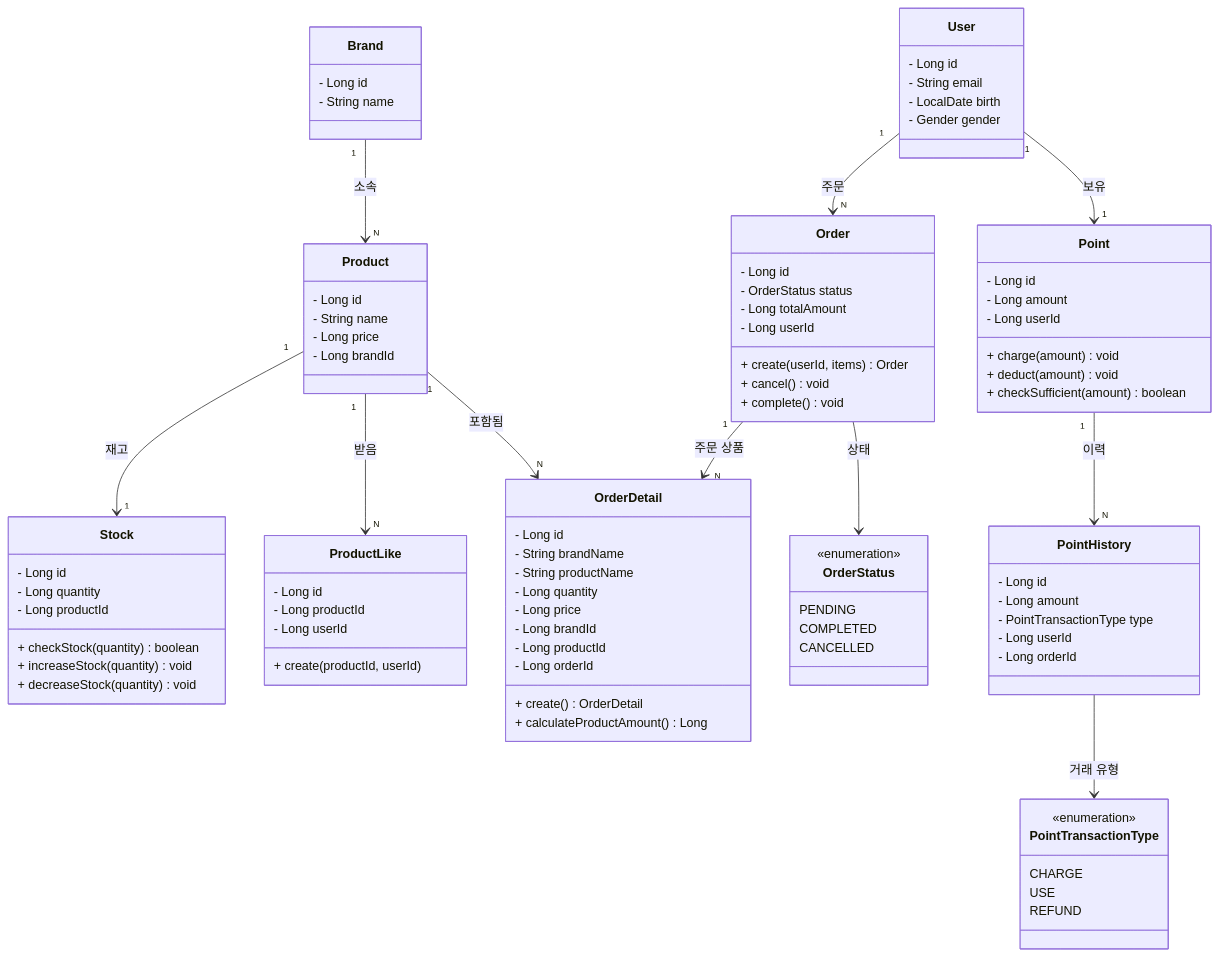
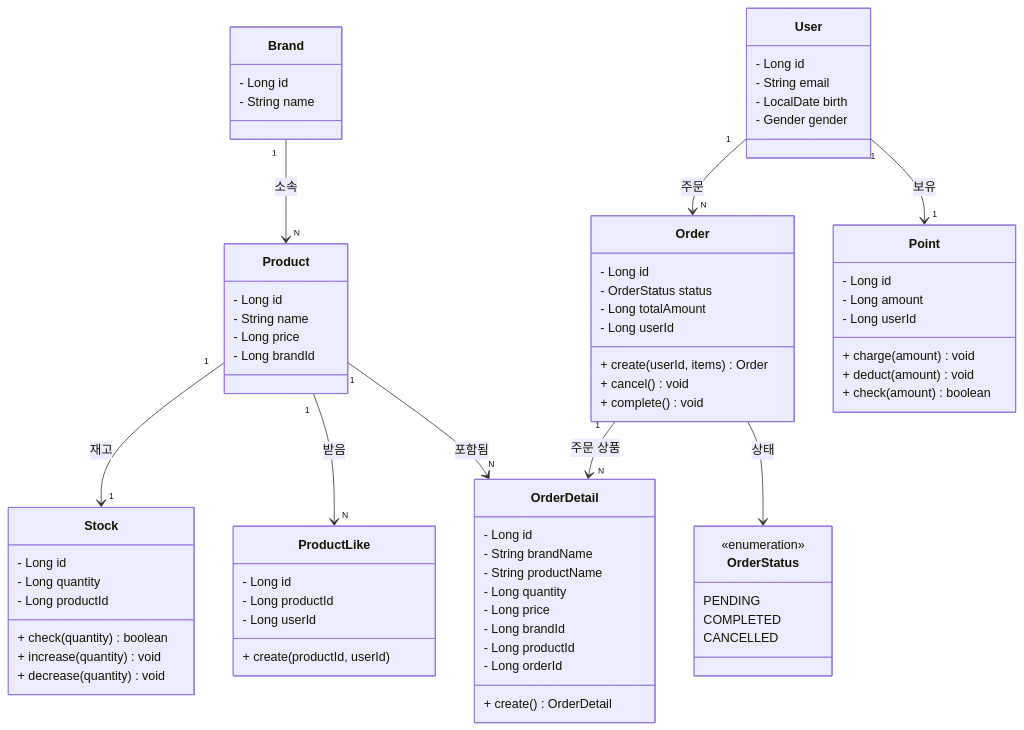
The diagram in docs/week2/03-class-diagram.md (Loopers-dev-lab/loopers-spring-kotlin-template), drawn with Mermaid before and after one commit. The commit also changed 1 other file, not shown here.

Commit message:
docs: [2주차 보완] PointHistory 제거

````diff
--- a/docs/week2/03-class-diagram.md
+++ b/docs/week2/03-class-diagram.md
@@ -25,9 +25,9 @@
         - Long id
         - Long quantity
         - Long productId
-        + checkStock(quantity) boolean
-        + increaseStock(quantity) void
-        + decreaseStock(quantity) void
+        + check(quantity) boolean
+        + increase(quantity) void
+        + decrease(quantity) void
     }
 
     class Order {
@@ -57,7 +57,6 @@
         - Long productId
         - Long orderId
         + create() OrderDetail
-        + calculateProductAmount() Long
     }
 
     class ProductLike {
@@ -73,23 +72,9 @@
         - Long userId
         + charge(amount) void
         + deduct(amount) void
-        + checkSufficient(amount) boolean
+        + check(amount) boolean
     }
 
-    class PointHistory {
-        - Long id
-        - Long amount
-        - PointTransactionType type
-        - Long userId
-        - Long orderId
-    }
-
-    class PointTransactionType {
-        <<enumeration>>
-        CHARGE
-        USE
-        REFUND
-    }
     User "1" --> "N" Order: 주문
     User "1" --> "1" Point: 보유
     Brand "1" --> "N" Product: 소속
@@ -98,7 +83,5 @@
     Product "1" --> "N" OrderDetail: 포함됨
     Order "1" --> "N" OrderDetail: 주문 상품
     Order --> OrderStatus: 상태
-    Point "1" --> "N" PointHistory: 이력
-    PointHistory --> PointTransactionType: 거래 유형
 
 ```
````
